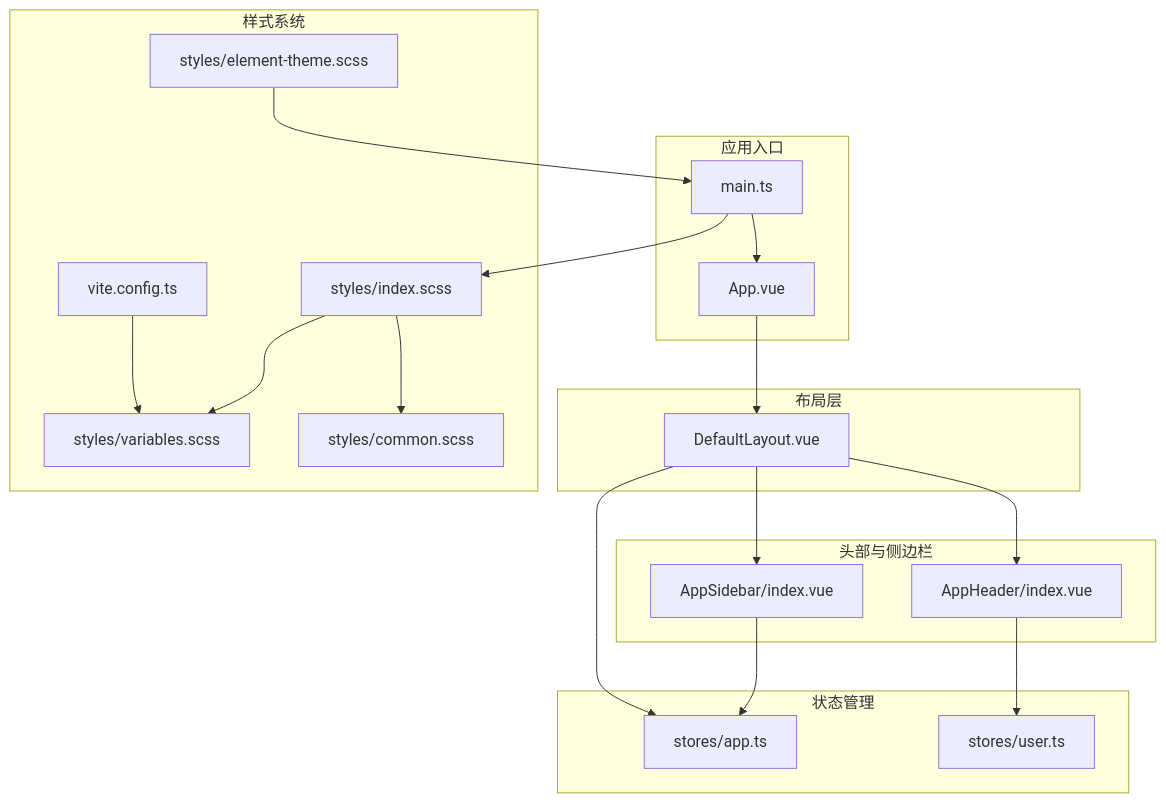
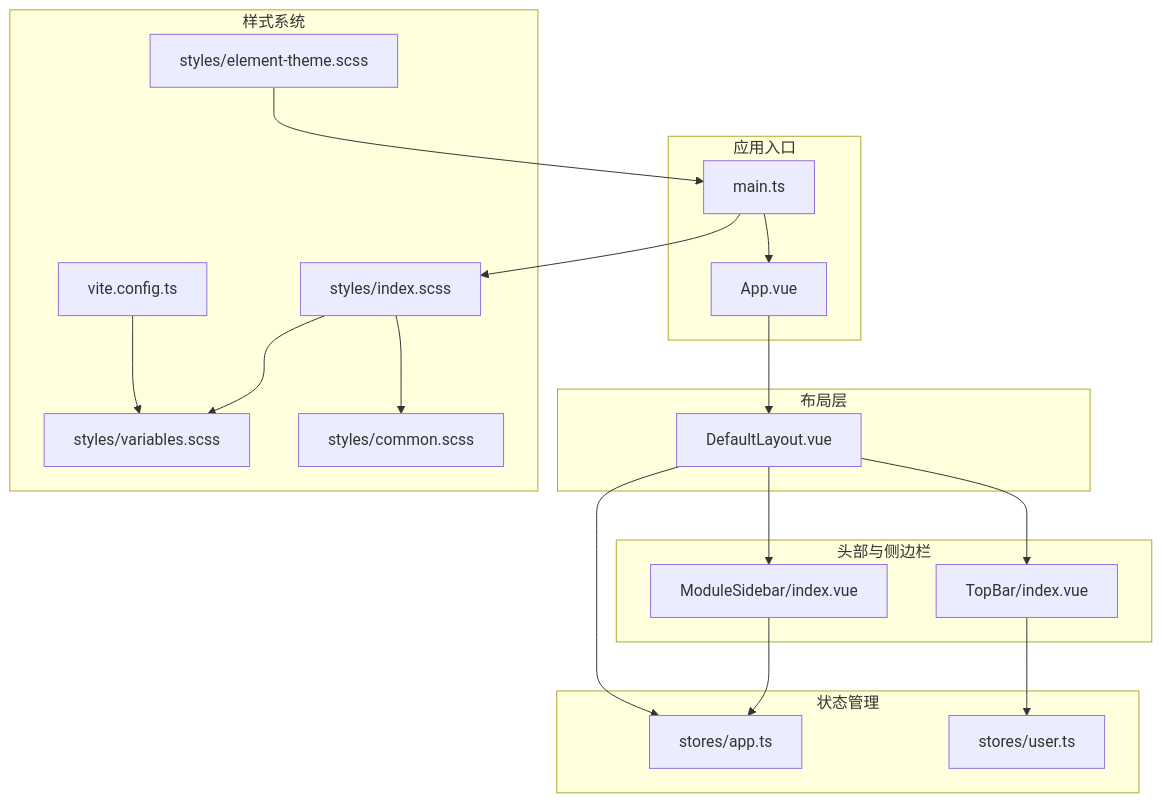
Before and after one commit to War-Blood/WX_APP_OA: the first of 7 diagrams in .AI/Wiki/Web 管理后台/UI 组件库.md, drawn with Mermaid. The commit also changed other lines of this file and 107 other files, not shown here.

````diff
--- a/.AI/Wiki/Web 管理后台/UI 组件库.md
+++ b/.AI/Wiki/Web 管理后台/UI 组件库.md
@@ -46,37 +46,37 @@
 ```mermaid
 graph TB
 subgraph "应用入口"
 M["main.ts"]
 APP["App.vue"]
 end
 subgraph "布局层"
 DL["DefaultLayout.vue"]
 end
 subgraph "头部与侧边栏"
-AH["AppHeader/index.vue"]
-AS["AppSidebar/index.vue"]
+AH["TopBar/index.vue"]
+AS["ModuleSidebar/index.vue"]
 end
 subgraph "状态管理"
 ST_APP["stores/app.ts"]
 ST_USER["stores/user.ts"]
 end
 subgraph "样式系统"
 IDX["styles/index.scss"]
 VAR["styles/variables.scss"]
 ELE["styles/element-theme.scss"]
 COM["styles/common.scss"]
 VC["vite.config.ts"]
 end
 M --> APP
 APP --> DL
 DL --> AH
 DL --> AS
 AH --> ST_USER
 AS --> ST_APP
 DL --> ST_APP
 M --> IDX
 IDX --> VAR
 IDX --> COM
 ELE --> M
 VC --> VAR
 ```
````
